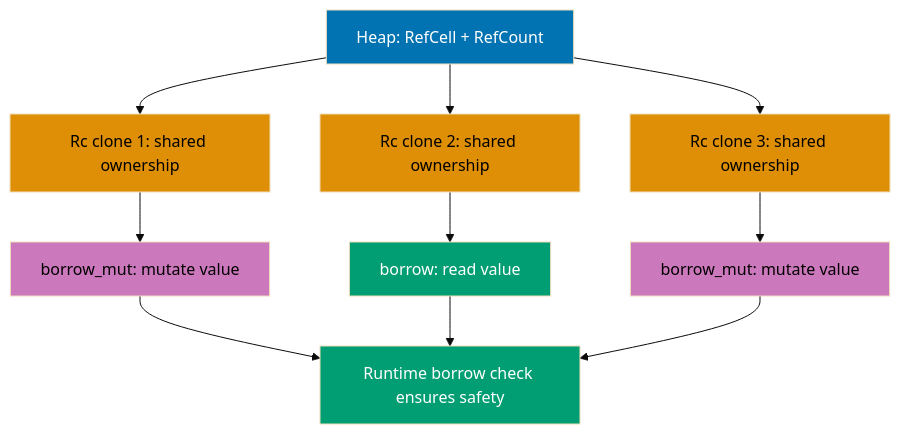
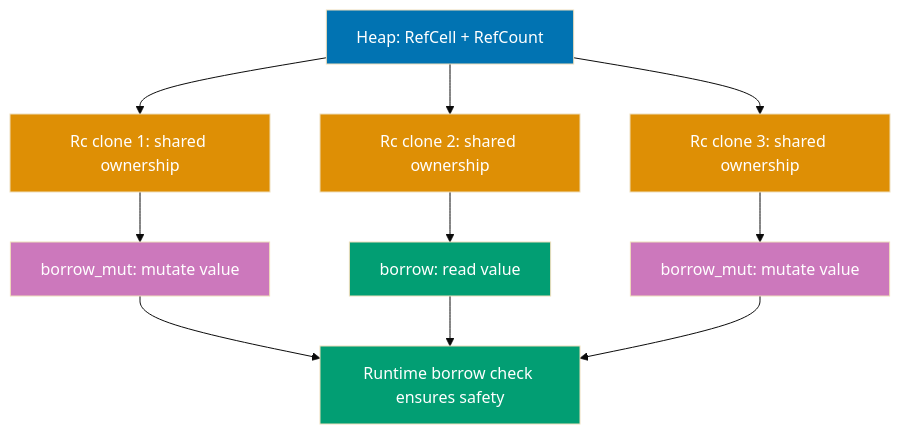
One commit to wahidyankf/open-sharia-enterprise changed the ninth of 12 diagrams in apps/ayokoding-web/content/en/learn/software-engineering/programming-languages/rust/by-example/intermediate.md. Above: the diagram before and after it, drawn with Mermaid (base theme). The commit also changed other lines of this file and 61 other files, not shown here.

First line of the commit message:
fix(ayokoding-web): quote Mermaid node labels with special characters in Example 63

````diff
--- a/apps/ayokoding-web/content/en/learn/software-engineering/programming-languages/rust/by-example/intermediate.md
+++ b/apps/ayokoding-web/content/en/learn/software-engineering/programming-languages/rust/by-example/intermediate.md
@@ -1605,22 +1605,22 @@
 ```mermaid
 %% Rc<RefCell<T>> shared mutable state pattern
 graph TD
     A[Heap: RefCell<T> + RefCount] --> B[Rc clone 1: shared ownership]
     A --> C[Rc clone 2: shared ownership]
     A --> D[Rc clone 3: shared ownership]
     B --> E[borrow_mut: mutate value]
     C --> F[borrow: read value]
     D --> G[borrow_mut: mutate value]
     E --> H[Runtime borrow check ensures safety]
     F --> H
     G --> H
 
     style A fill:#0173B2,color:#fff
-    style B fill:#DE8F05,color:#000
-    style C fill:#DE8F05,color:#000
-    style D fill:#DE8F05,color:#000
-    style E fill:#CC78BC,color:#000
+    style B fill:#DE8F05,color:#fff
+    style C fill:#DE8F05,color:#fff
+    style D fill:#DE8F05,color:#fff
+    style E fill:#CC78BC,color:#fff
     style F fill:#029E73,color:#fff
-    style G fill:#CC78BC,color:#000
+    style G fill:#CC78BC,color:#fff
     style H fill:#029E73,color:#fff
 ```
````
